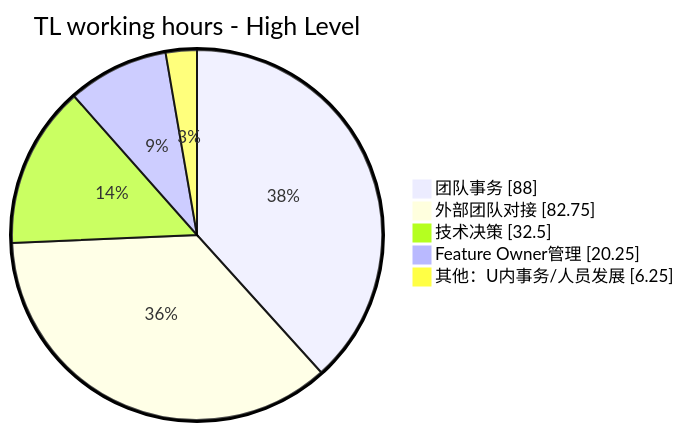
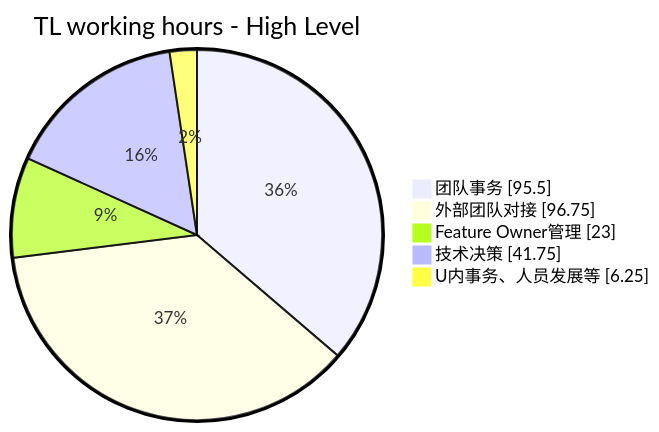
One commit to EthanLin-TWer/blog changed the second of 3 diagrams in _posts/2023-08-05-my-tech-lead-journey-iv.md. Above: the diagram before and after it, drawn with Mermaid. The commit also changed other lines of this file and 1 other file, not shown here.

````diff
--- a/_posts/2023-08-05-my-tech-lead-journey-iv.md
+++ b/_posts/2023-08-05-my-tech-lead-journey-iv.md
@@ -159,9 +159,9 @@
 ```mermaid
 %%{init: {"pie": {"textPosition": 0.5, "useWidth": 960}, "themeVariables": {"pieOuterStrokeWidth": "3px"}} }%%
 pie showData title TL working hours - High Level
-  "团队事务": 88
-  "外部团队对接": 82.75
-  "技术决策": 32.5
-  "Feature Owner管理": 20.25
-  "其他：U内事务/人员发展": 6.25
+  "团队事务": 95.5
+  "外部团队对接": 96.75
+  "Feature Owner管理": 23
+  "技术决策": 41.75
+  "U内事务、人员发展等": 6.25
 ```
````
